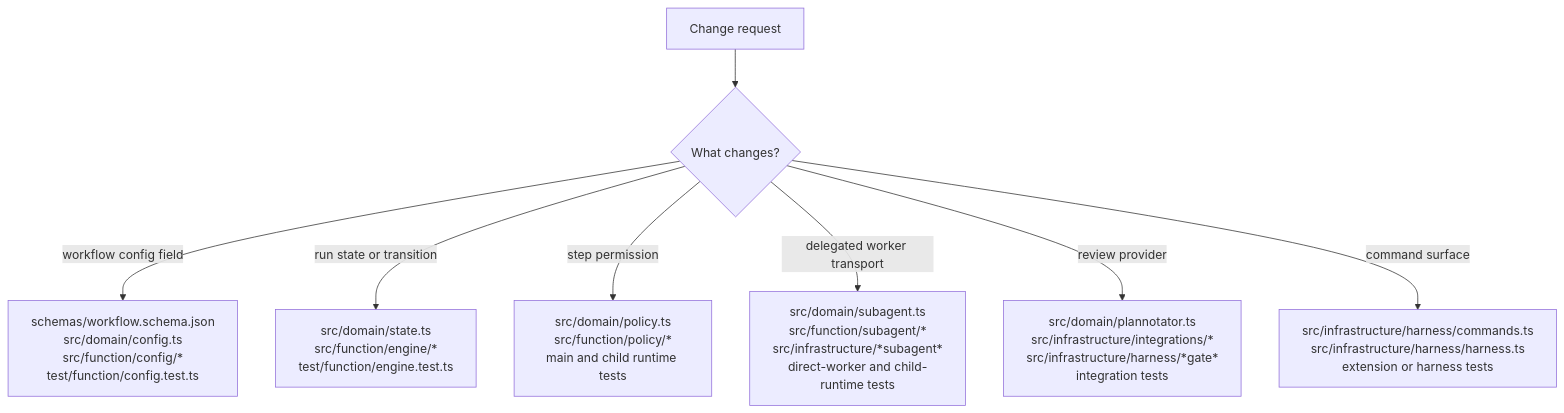
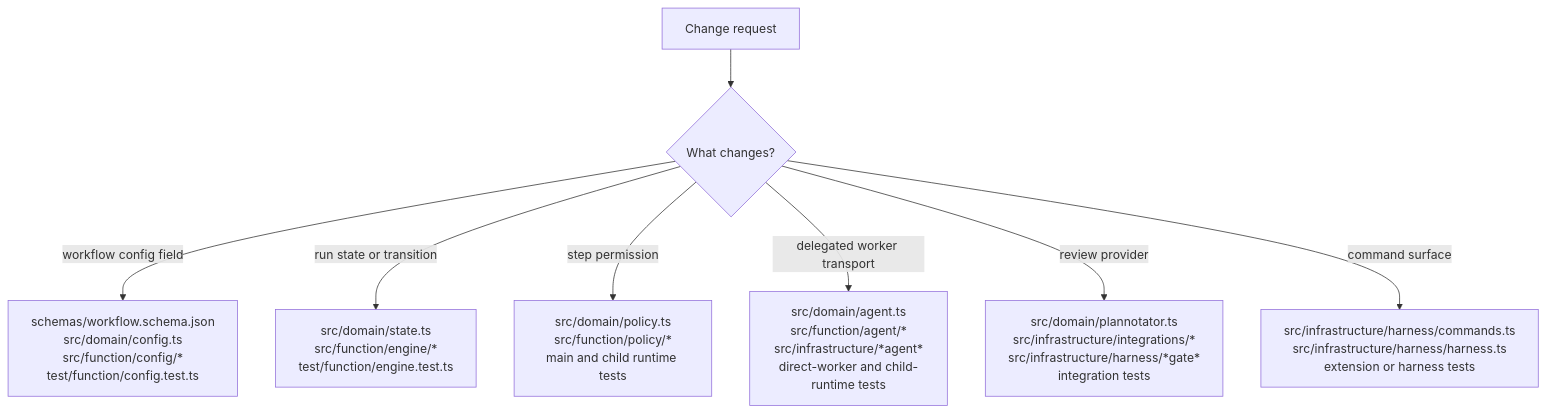
Before and after one commit to wichayutdew/pi-workflows: the third of 5 diagrams in openwiki/development/testing.md, drawn with Mermaid. The commit also changed other lines of this file and 66 other files, not shown here.

Commit message:
fix: rename subagent to agent (#45)

````diff
--- a/openwiki/development/testing.md
+++ b/openwiki/development/testing.md
@@ -45,10 +45,10 @@
 ```mermaid
 flowchart TD
   Change[Change request] --> Kind{What changes?}
   Kind -- workflow config field --> Config[schemas/workflow.schema.json<br/>src/domain/config.ts<br/>src/function/config/*<br/>test/function/config.test.ts]
   Kind -- run state or transition --> Engine[src/domain/state.ts<br/>src/function/engine/*<br/>test/function/engine.test.ts]
   Kind -- step permission --> Policy[src/domain/policy.ts<br/>src/function/policy/*<br/>main and child runtime tests]
-  Kind -- delegated worker transport --> Subagent[src/domain/subagent.ts<br/>src/function/subagent/*<br/>src/infrastructure/*subagent*<br/>direct-worker and child-runtime tests]
+  Kind -- delegated worker transport --> Agent[src/domain/agent.ts<br/>src/function/agent/*<br/>src/infrastructure/*agent*<br/>direct-worker and child-runtime tests]
   Kind -- review provider --> Review[src/domain/plannotator.ts<br/>src/infrastructure/integrations/*<br/>src/infrastructure/harness/*gate*<br/>integration tests]
   Kind -- command surface --> Commands[src/infrastructure/harness/commands.ts<br/>src/infrastructure/harness/harness.ts<br/>extension or harness tests]
 ```
````
